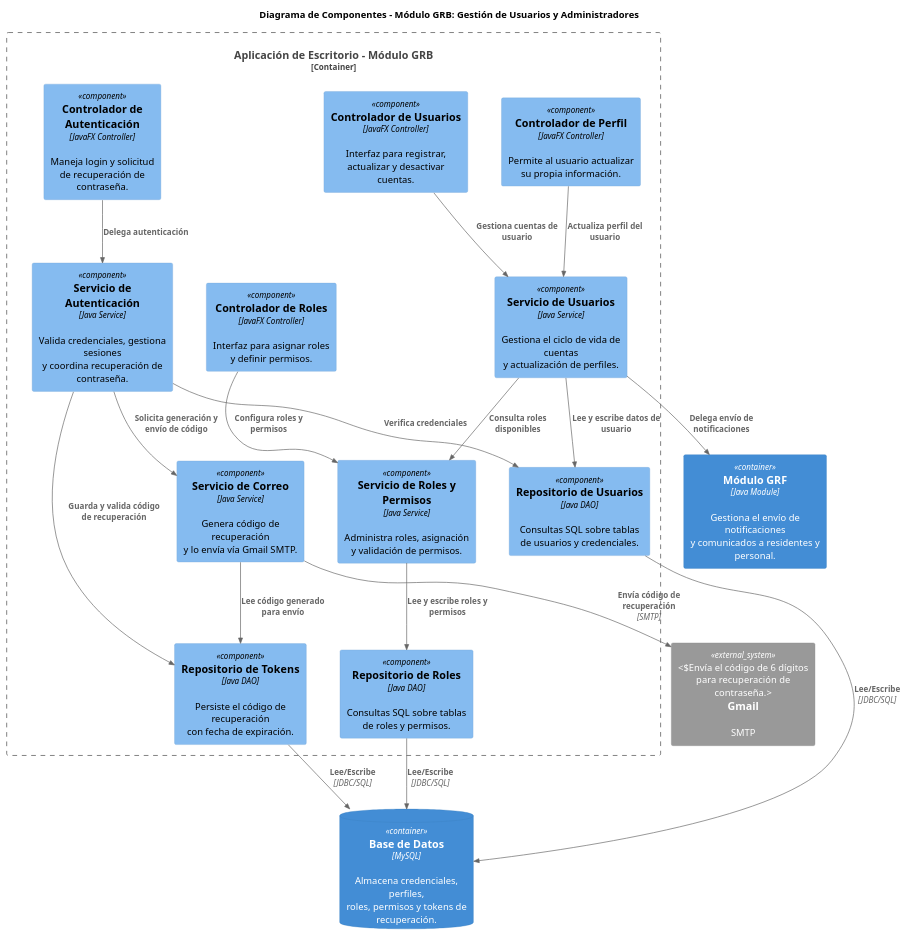
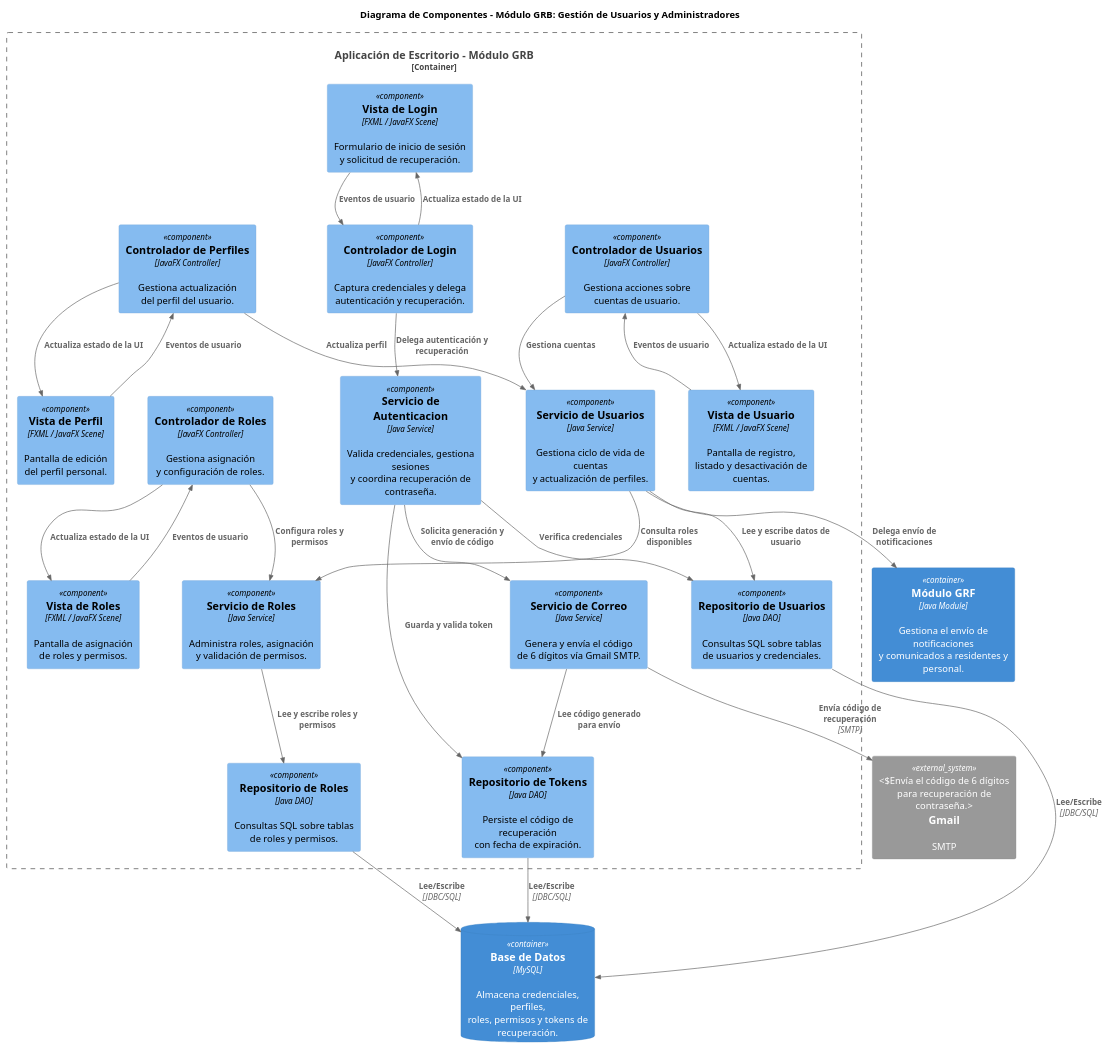
The diagram in docs/c4/GRB_component_diagram.puml (MN4CHO/Condominio26), drawn with PlantUML before and after one commit.

Commit message:
Refactor component diagram to work with MVC architecture and add Gmail as an external service to handle password reset using 6 digit codes

```diff
--- a/docs/c4/GRB_component_diagram.puml
+++ b/docs/c4/GRB_component_diagram.puml
@@ -1,56 +1,79 @@
 @startuml C4_Component_Diagram_GRB
 
 !include ../libs/c4/C4_Component.puml
 
 skinparam defaultTextAlignment center
 skinparam nodesep 50
 skinparam ranksep 60
 
 title Diagrama de Componentes - Módulo GRB: Gestión de Usuarios y Administradores
 
 ContainerDb(database, "Base de Datos", "MySQL", "Almacena credenciales, perfiles,\nroles, permisos y tokens de recuperación.")
 System_Ext(gmail, "Gmail", "SMTP", "Envía el código de 6 dígitos\npara recuperación de contraseña.")
 Container(grf_module, "Módulo GRF", "Java Module", "Gestiona el envío de notificaciones\ny comunicados a residentes y personal.")
 
 Container_Boundary(desktop_app, "Aplicación de Escritorio - Módulo GRB") {
 
-    ' ── Capa de Presentación ─────────────────────────
-    Component(login_ctrl, "Controlador de Autenticación", "JavaFX Controller", "Maneja login y solicitud\nde recuperación de contraseña.")
-    Component(user_ctrl, "Controlador de Usuarios", "JavaFX Controller", "Interfaz para registrar,\nactualizar y desactivar cuentas.")
-    Component(role_ctrl, "Controlador de Roles", "JavaFX Controller", "Interfaz para asignar roles\ny definir permisos.")
-    Component(profile_ctrl, "Controlador de Perfil", "JavaFX Controller", "Permite al usuario actualizar\nsu propia información.")
+    ' ── VIEW ─────────────────────────────────────────
+    Component(login_view,   "Vista de Login",   "FXML / JavaFX Scene", "Formulario de inicio de sesión\ny solicitud de recuperación.")
+    Component(usuario_view, "Vista de Usuario", "FXML / JavaFX Scene", "Pantalla de registro,\nlistado y desactivación de cuentas.")
+    Component(rol_view,     "Vista de Roles",     "FXML / JavaFX Scene", "Pantalla de asignación\nde roles y permisos.")
+    Component(perfil_view,  "Vista de Perfil",  "FXML / JavaFX Scene", "Pantalla de edición\ndel perfil personal.")
 
-    ' ── Capa de Lógica de Negocio ────────────────────
-    Component(auth_service, "Servicio de Autenticación", "Java Service", "Valida credenciales, gestiona sesiones\ny coordina recuperación de contraseña.")
-    Component(user_service, "Servicio de Usuarios", "Java Service", "Gestiona el ciclo de vida de cuentas\ny actualización de perfiles.")
-    Component(role_service, "Servicio de Roles y Permisos", "Java Service", "Administra roles, asignación\ny validación de permisos.")
-    Component(email_service, "Servicio de Correo", "Java Service", "Genera código de recuperación\ny lo envía vía Gmail SMTP.")
+    ' ── CONTROLLER ───────────────────────────────────
+    Component(login_ctrl,   "Controlador de Login",   "JavaFX Controller", "Captura credenciales y delega\nautenticación y recuperación.")
+    Component(usuario_ctrl, "Controlador de Usuarios", "JavaFX Controller", "Gestiona acciones sobre\ncuentas de usuario.")
+    Component(rol_ctrl,     "Controlador de Roles",     "JavaFX Controller", "Gestiona asignación\ny configuración de roles.")
+    Component(perfil_ctrl,  "Controlador de Perfiles",  "JavaFX Controller", "Gestiona actualización\ndel perfil del usuario.")
 
-    ' ── Capa de Acceso a Datos ───────────────────────
-    Component(user_repo, "Repositorio de Usuarios", "Java DAO", "Consultas SQL sobre tablas\nde usuarios y credenciales.")
-    Component(role_repo, "Repositorio de Roles", "Java DAO", "Consultas SQL sobre tablas\nde roles y permisos.")
-    Component(token_repo, "Repositorio de Tokens", "Java DAO", "Persiste el código de recuperación\ncon fecha de expiración.")
+    ' ── MODEL: Servicios ─────────────────────────────
+    Component(auth_service,  "Servicio de Autenticacion", "Java Service", "Valida credenciales, gestiona sesiones\ny coordina recuperación de contraseña.")
+    Component(user_service,  "Servicio de Usuarios",       "Java Service", "Gestiona ciclo de vida de cuentas\ny actualización de perfiles.")
+    Component(role_service,  "Servicio de Roles",         "Java Service", "Administra roles, asignación\ny validación de permisos.")
+    Component(email_service, "Servicio de Correo",        "Java Service", "Genera y envía el código\nde 6 dígitos vía Gmail SMTP.")
+
+    ' ── MODEL: Repositorios (DAO) ────────────────────
+    Component(user_repo,  "Repositorio de Usuarios", "Java DAO", "Consultas SQL sobre tablas\nde usuarios y credenciales.")
+    Component(role_repo,  "Repositorio de Roles",     "Java DAO", "Consultas SQL sobre tablas\nde roles y permisos.")
+    Component(token_repo, "Repositorio de Tokens",   "Java DAO", "Persiste el código de recuperación\ncon fecha de expiración.")
 }
 
-Rel(login_ctrl, auth_service, "Delega autenticación")
-Rel(user_ctrl, user_service, "Gestiona cuentas de usuario")
-Rel(role_ctrl, role_service, "Configura roles y permisos")
-Rel(profile_ctrl, user_service, "Actualiza perfil del usuario")
+' VIEW → CONTROLLER
+Rel(login_view,   login_ctrl,   "Eventos de usuario")
+Rel(usuario_view, usuario_ctrl, "Eventos de usuario")
+Rel(rol_view,     rol_ctrl,     "Eventos de usuario")
+Rel(perfil_view,  perfil_ctrl,  "Eventos de usuario")
 
-Rel(auth_service, email_service, "Solicita generación y envío de código")
-Rel(auth_service, token_repo, "Guarda y valida código de recuperación")
-Rel(user_service, role_service, "Consulta roles disponibles")
+' CONTROLLER → SERVICE (Model)
+Rel(login_ctrl,   auth_service,  "Delega autenticación y recuperación")
+Rel(usuario_ctrl, user_service,  "Gestiona cuentas")
+Rel(rol_ctrl,     role_service,  "Configura roles y permisos")
+Rel(perfil_ctrl,  user_service,  "Actualiza perfil")
 
-Rel(auth_service, user_repo, "Verifica credenciales")
-Rel(user_service, user_repo, "Lee y escribe datos de usuario")
-Rel(role_service, role_repo, "Lee y escribe roles y permisos")
+' SERVICE → SERVICE
+Rel(auth_service,  email_service, "Solicita generación y envío de código")
+Rel(user_service,  role_service,  "Consulta roles disponibles")
+Rel(user_service,  grf_module,    "Delega envío de notificaciones")
+
+' SERVICE → DAO
+Rel(auth_service,  user_repo,  "Verifica credenciales")
+Rel(auth_service,  token_repo, "Guarda y valida token")
+Rel(user_service,  user_repo,  "Lee y escribe datos de usuario")
+Rel(role_service,  role_repo,  "Lee y escribe roles y permisos")
 Rel(email_service, token_repo, "Lee código generado para envío")
 
-Rel(user_repo, database, "Lee/Escribe", "JDBC/SQL")
-Rel(role_repo, database, "Lee/Escribe", "JDBC/SQL")
+' DAO → BD
+Rel(user_repo,  database, "Lee/Escribe", "JDBC/SQL")
+Rel(role_repo,  database, "Lee/Escribe", "JDBC/SQL")
 Rel(token_repo, database, "Lee/Escribe", "JDBC/SQL")
 
+' Externo
 Rel(email_service, gmail, "Envía código de recuperación", "SMTP")
-Rel(user_service, grf_module, "Delega envío de notificaciones")
+
+' CONTROLLER → VIEW (actualización de pantalla)
+Rel(login_ctrl,   login_view,   "Actualiza estado de la UI")
+Rel(usuario_ctrl, usuario_view, "Actualiza estado de la UI")
+Rel(rol_ctrl,     rol_view,     "Actualiza estado de la UI")
+Rel(perfil_ctrl,  perfil_view,  "Actualiza estado de la UI")
 
 @enduml
```
